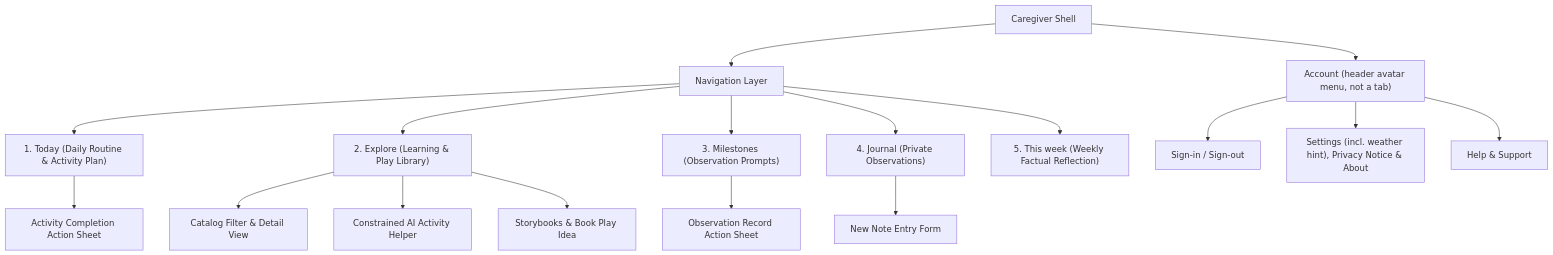
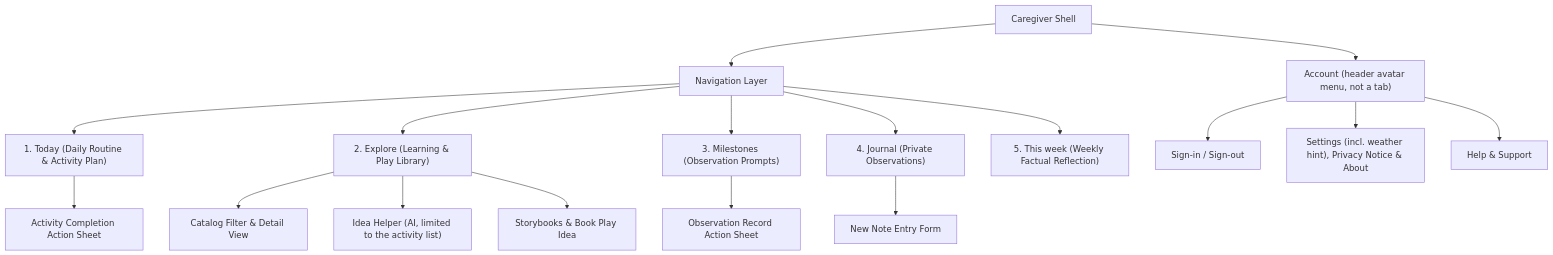
The third of 3 diagrams in docs/ui-ux-design-specification.md (Thesis-Titans/littlesteps-docs), drawn with Mermaid before and after one commit. The commit also changed other lines of this file and 5 other files, not shown here.

````diff
--- a/docs/ui-ux-design-specification.md
+++ b/docs/ui-ux-design-specification.md
@@ -154,20 +180,20 @@
 ```mermaid
 graph TD
     Root["Caregiver Shell"] --> Nav["Navigation Layer"]
     Nav --> D1["1. Today (Daily Routine & Activity Plan)"]
     Nav --> D2["2. Explore (Learning & Play Library)"]
     Nav --> D3["3. Milestones (Observation Prompts)"]
     Nav --> D4["4. Journal (Private Observations)"]
     Nav --> D5["5. This week (Weekly Factual Reflection)"]
     
     D1 --> Mod1["Activity Completion Action Sheet"]
     D2 --> Mod2["Catalog Filter & Detail View"]
-    D2 --> Mod3["Constrained AI Activity Helper"]
+    D2 --> Mod3["Idea Helper (AI, limited to the activity list)"]
     D2 --> Mod6["Storybooks & Book Play Idea"]
     D3 --> Mod4["Observation Record Action Sheet"]
     D4 --> Mod5["New Note Entry Form"]
     Root --> Acct["Account (header avatar menu, not a tab)"]
     Acct --> A1["Sign-in / Sign-out"]
     Acct --> A2["Settings (incl. weather hint), Privacy Notice & About"]
     Acct --> A3["Help & Support"]
 ```
````
